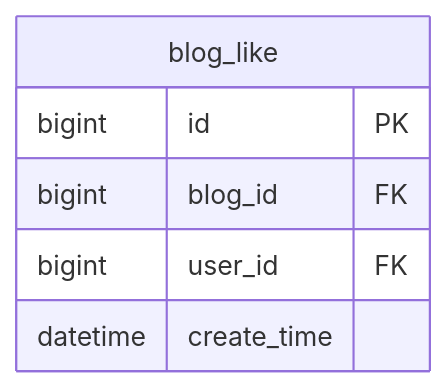
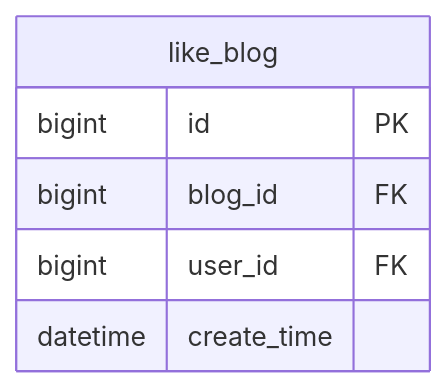
One commit to Nobeta-Work/faramita-bbs changed the third of 3 diagrams in docs/v0.3.0/FRMT BBS v0.3.0 PRD.md. Above: the diagram before and after it, drawn with Mermaid. The commit also changed other lines of this file and 1 other file, not shown here.

````diff
--- a/docs/v0.3.0/FRMT BBS v0.3.0 PRD.md
+++ b/docs/v0.3.0/FRMT BBS v0.3.0 PRD.md
@@ -641,9 +643,9 @@
 ```mermaid
 erDiagram
-    blog_like {
+    like_blog {
         bigint id PK
         bigint blog_id FK
         bigint user_id FK
         datetime create_time
     }
 ```
````
